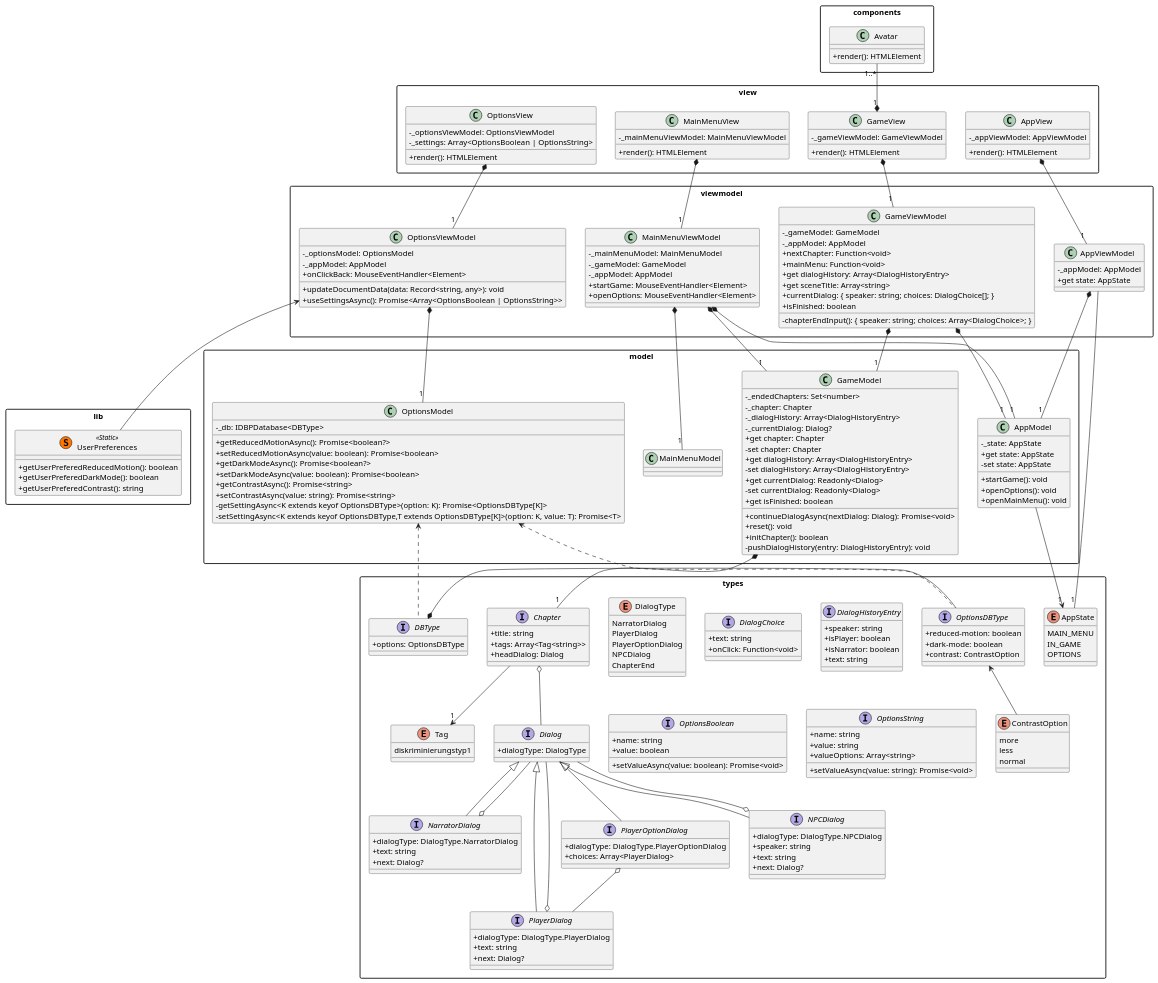
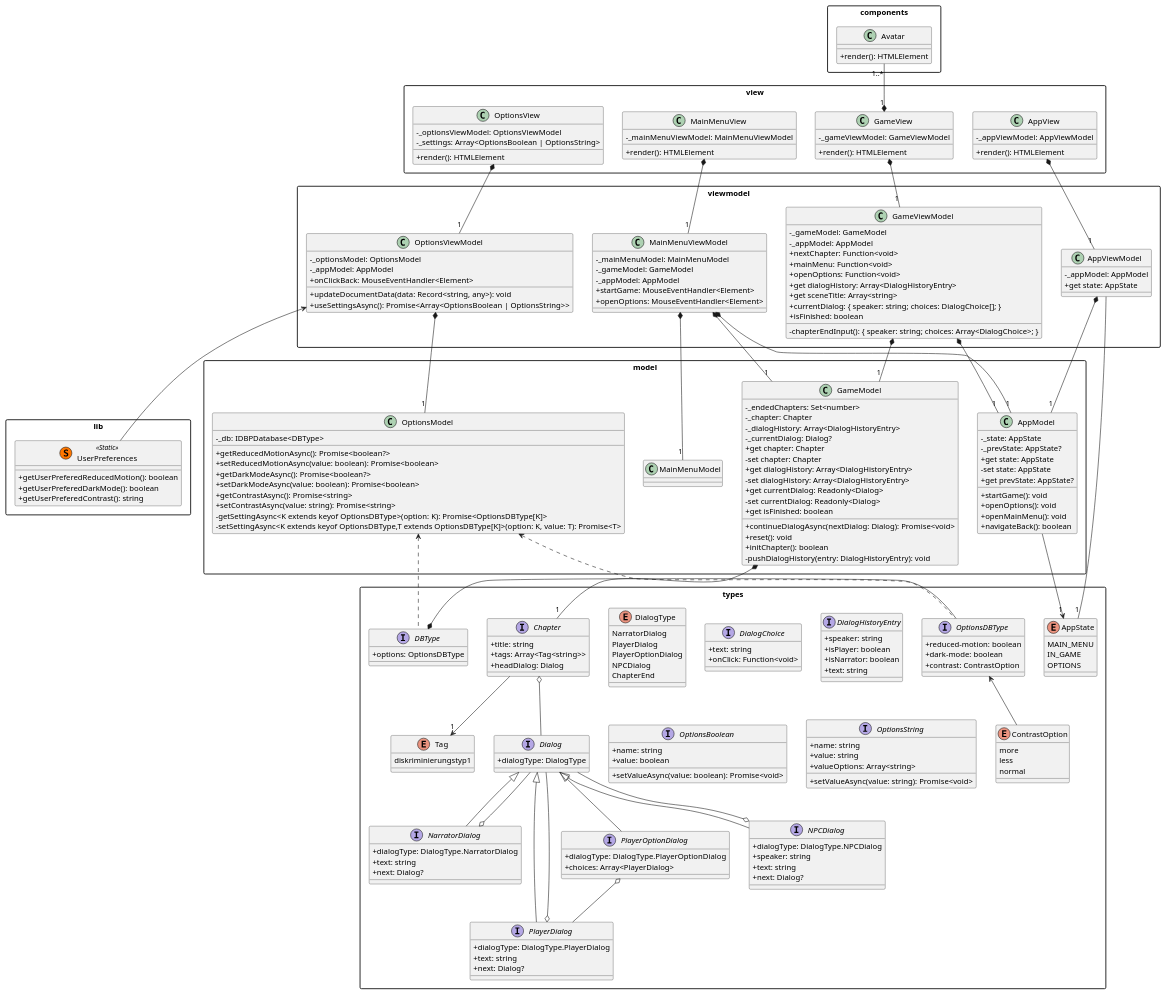
Before and after one commit to HHN-SEB-2022-23/allybi: the diagram in uml/ClassDiagram.puml, drawn with PlantUML. The commit also changed 11 other files, not shown here.

```diff
--- a/uml/ClassDiagram.puml
+++ b/uml/ClassDiagram.puml
@@ -122,11 +122,14 @@
 package model {
     class AppModel {
         -_state: AppState
+        -_prevState: AppState?
         +get state: AppState
         -set state: AppState
+        +get prevState: AppState?
         +startGame(): void
         +openOptions(): void
         +openMainMenu(): void
+        +navigateBack(): boolean
     }
     AppModel --> "1" AppState
 
@@ -178,6 +181,7 @@
         -_appModel: AppModel
         +nextChapter: Function<void>
         +mainMenu: Function<void>
+        +openOptions: Function<void>
         +get dialogHistory: Array<DialogHistoryEntry>
         +get sceneTitle: Array<string>
         -chapterEndInput(): { speaker: string; choices: Array<DialogChoice>; }
```
